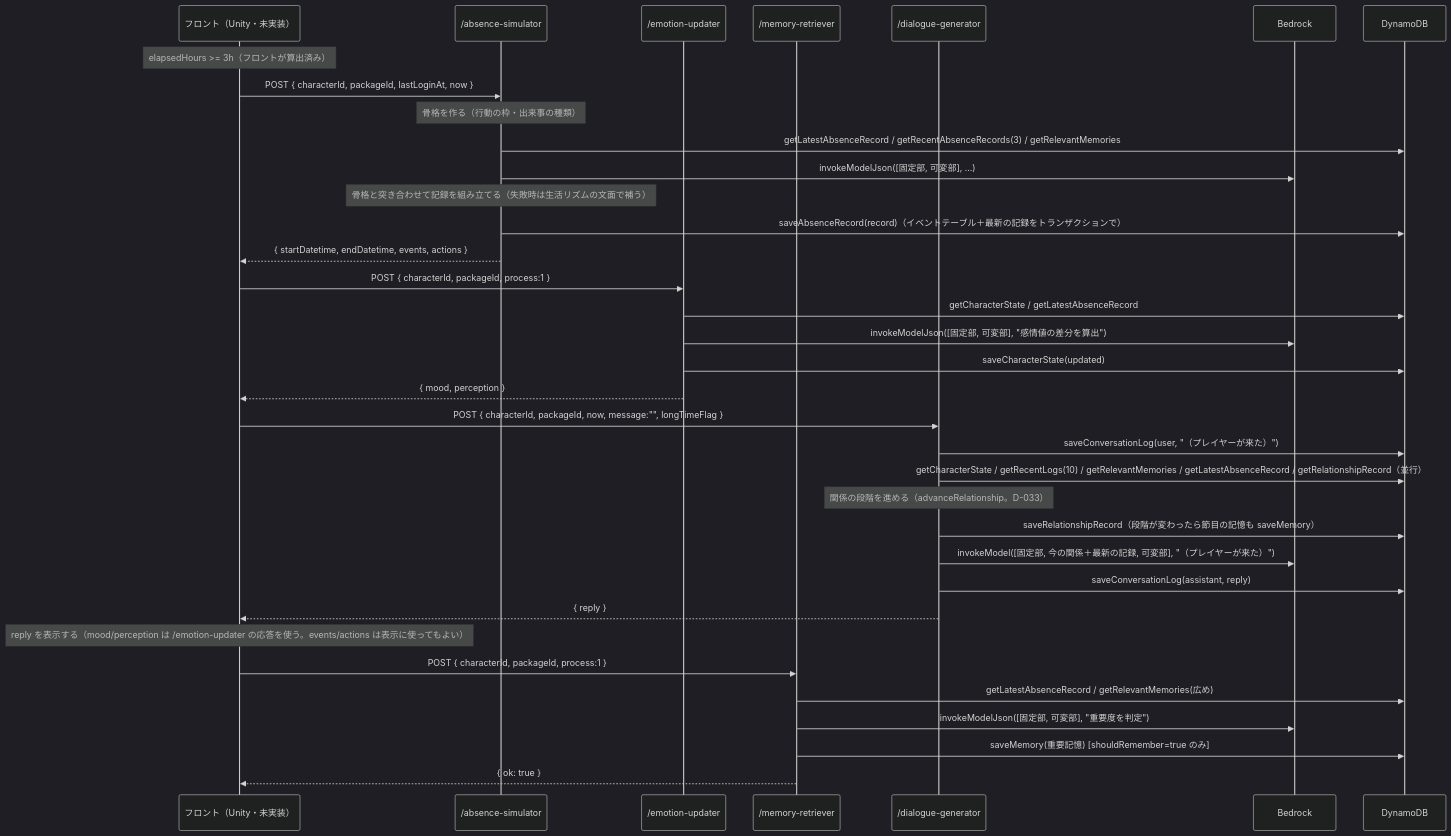
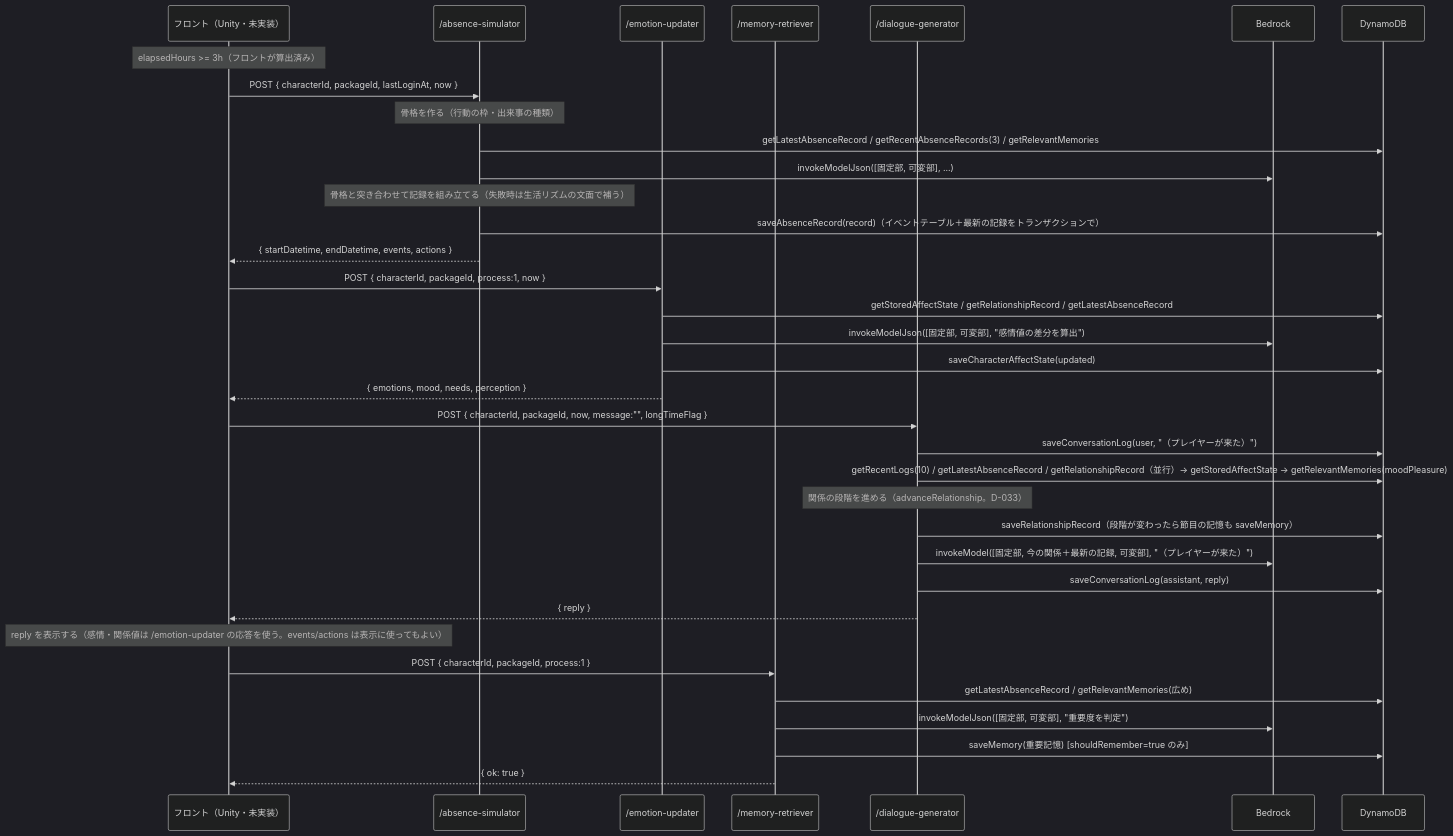
The fifth of 10 diagrams in README.md (yatohana1231-ux/vtuber-simulator-api), drawn with Mermaid (dark theme) before and after one commit. The commit also changed other lines of this file and 117 other files, not shown here.

````diff
--- a/README.md
+++ b/README.md
@@ -288,43 +288,43 @@
 ```mermaid
 sequenceDiagram
     participant Front as フロント（Unity・未実装）
     participant AS as /absence-simulator
     participant EU as /emotion-updater
     participant MR as /memory-retriever
     participant DG as /dialogue-generator
     participant BK as Bedrock
     participant DB as DynamoDB
 
     Note over Front: elapsedHours >= 3h（フロントが算出済み）
 
     Front->>AS: POST { characterId, packageId, lastLoginAt, now }
     Note over AS: 骨格を作る（行動の枠・出来事の種類）
     AS->>DB: getLatestAbsenceRecord / getRecentAbsenceRecords(3) / getRelevantMemories
     AS->>BK: invokeModelJson([固定部, 可変部], ...)
     Note over AS: 骨格と突き合わせて記録を組み立てる（失敗時は生活リズムの文面で補う）
     AS->>DB: saveAbsenceRecord(record)（イベントテーブル＋最新の記録をトランザクションで）
     AS-->>Front: { startDatetime, endDatetime, events, actions }
 
-    Front->>EU: POST { characterId, packageId, process:1 }
-    EU->>DB: getCharacterState / getLatestAbsenceRecord
+    Front->>EU: POST { characterId, packageId, process:1, now }
+    EU->>DB: getStoredAffectState / getRelationshipRecord / getLatestAbsenceRecord
     EU->>BK: invokeModelJson([固定部, 可変部], "感情値の差分を算出")
-    EU->>DB: saveCharacterState(updated)
-    EU-->>Front: { mood, perception }
+    EU->>DB: saveCharacterAffectState(updated)
+    EU-->>Front: { emotions, mood, needs, perception }
 
     Front->>DG: POST { characterId, packageId, now, message:"", longTimeFlag }
     DG->>DB: saveConversationLog(user, "（プレイヤーが来た）")
-    DG->>DB: getCharacterState / getRecentLogs(10) / getRelevantMemories / getLatestAbsenceRecord / getRelationshipRecord（並行）
+    DG->>DB: getRecentLogs(10) / getLatestAbsenceRecord / getRelationshipRecord（並行）→ getStoredAffectState → getRelevantMemories(moodPleasure)
     Note over DG: 関係の段階を進める（advanceRelationship。D-033）
     DG->>DB: saveRelationshipRecord（段階が変わったら節目の記憶も saveMemory）
     DG->>BK: invokeModel([固定部, 今の関係＋最新の記録, 可変部], "（プレイヤーが来た）")
     DG->>DB: saveConversationLog(assistant, reply)
     DG-->>Front: { reply }
 
-    Note over Front: reply を表示する（mood/perception は /emotion-updater の応答を使う。events/actions は表示に使ってもよい）
+    Note over Front: reply を表示する（感情・関係値は /emotion-updater の応答を使う。events/actions は表示に使ってもよい）
 
     Front->>MR: POST { characterId, packageId, process:1 }
     MR->>DB: getLatestAbsenceRecord / getRelevantMemories(広め)
     MR->>BK: invokeModelJson([固定部, 可変部], "重要度を判定")
     MR->>DB: saveMemory(重要記憶) [shouldRemember=true のみ]
     MR-->>Front: { ok: true }
 ```
````
